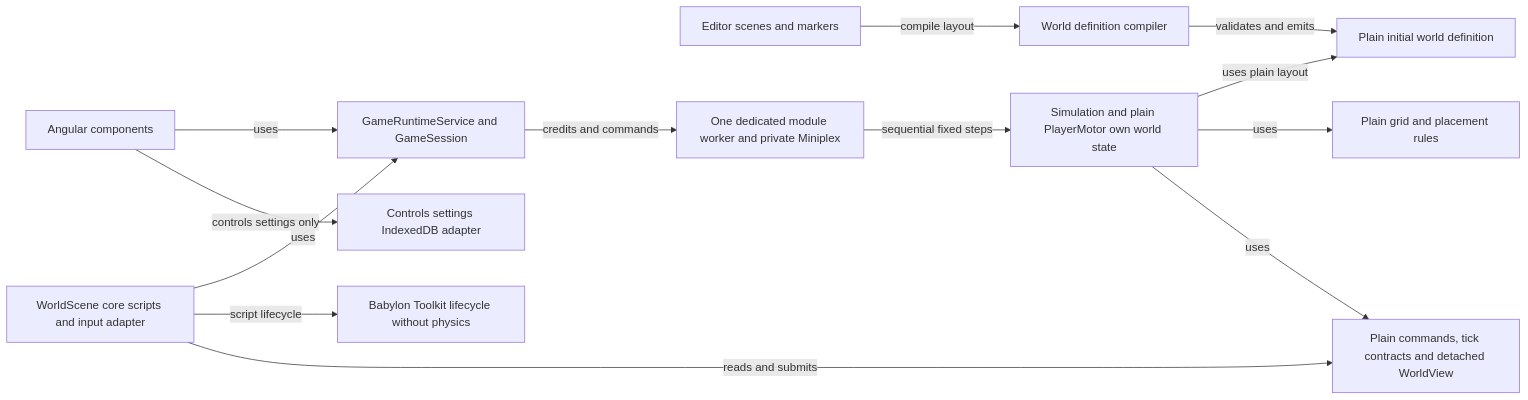
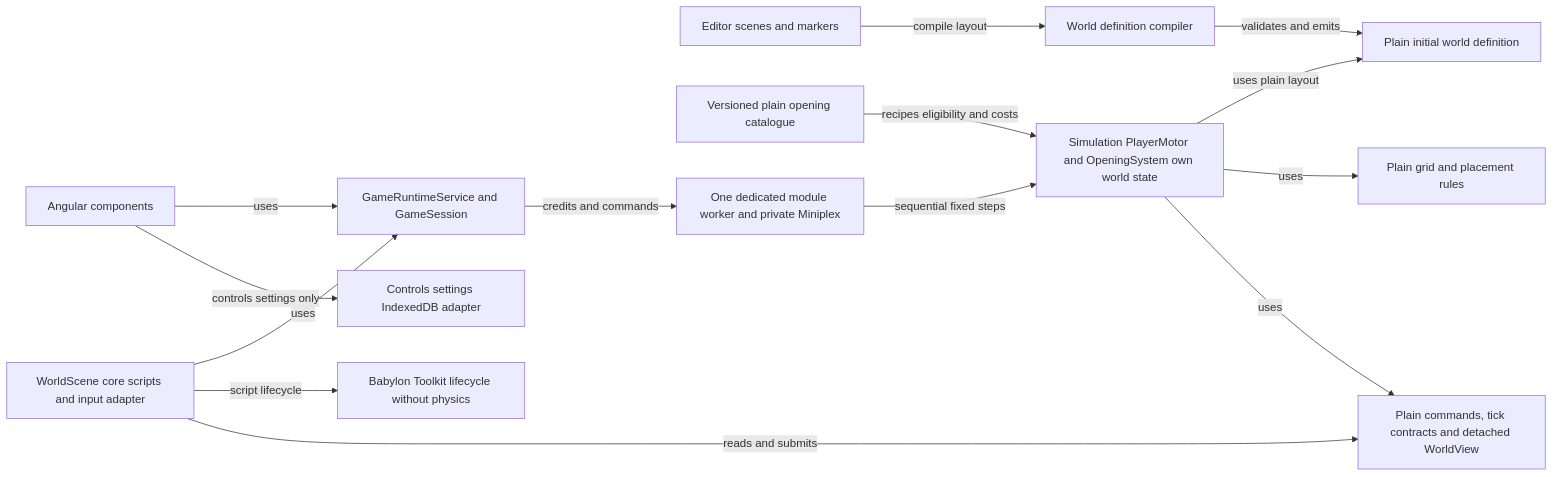
One commit to Googlproxer/Scrapworks changed the first of 5 diagrams in docs/plans/README.md. Above: the diagram before and after it, drawn with Mermaid. The commit also changed other lines of this file and 117 other files, not shown here.

````diff
--- a/docs/plans/README.md
+++ b/docs/plans/README.md
@@ -122,28 +122,30 @@
 ```mermaid
 flowchart LR
     Angular[Angular components]
     Babylon[WorldScene core scripts and input adapter]
     Toolkit[Babylon Toolkit lifecycle without physics]
     Editor[Editor scenes and markers]
     Compiler[World definition compiler]
     Definition[Plain initial world definition]
     Application[GameRuntimeService and GameSession]
-    Simulation[Simulation and plain PlayerMotor own world state]
+    Simulation[Simulation PlayerMotor and OpeningSystem own world state]
+    Content[Versioned plain opening catalogue]
     Grid[Plain grid and placement rules]
     Model[Plain commands, tick contracts and detached WorldView]
     Settings[Controls settings IndexedDB adapter]
 
     Editor -->|compile layout| Compiler
     Compiler -->|validates and emits| Definition
     Simulation -->|uses plain layout| Definition
     Angular -->|uses| Application
     Babylon -->|uses| Application
     Babylon -->|script lifecycle| Toolkit
     Worker[One dedicated module worker and private Miniplex]
     Application -->|credits and commands| Worker
     Worker -->|sequential fixed steps| Simulation
     Angular -->|controls settings only| Settings
+    Content -->|recipes eligibility and costs| Simulation
     Simulation -->|uses| Grid
     Simulation -->|uses| Model
     Babylon -->|reads and submits| Model
 ```
````
